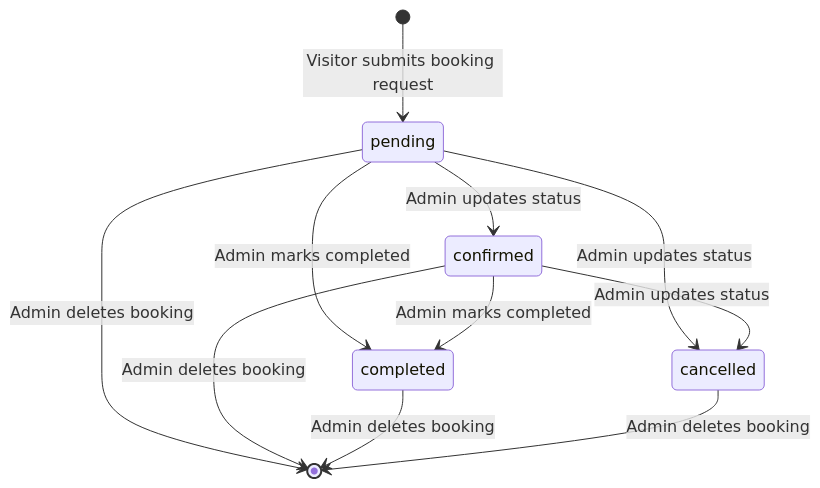
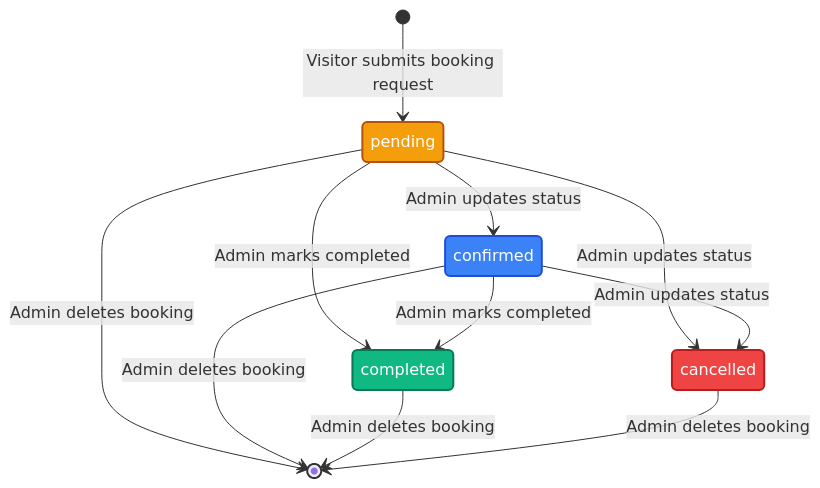
Before and after one commit to AaryaMakthala/GJR-EVENTS: the fourth of 6 diagrams in README.md, drawn with Mermaid. The commit also changed other lines of this file, not shown here.

````diff
--- a/README.md
+++ b/README.md
@@ -200,13 +223,23 @@
 ```mermaid
 stateDiagram-v2
+    classDef pendingStyle fill:#f59e0b,stroke:#b45309,stroke-width:2px,color:#fff
+    classDef confirmedStyle fill:#3b82f6,stroke:#1d4ed8,stroke-width:2px,color:#fff
+    classDef completedStyle fill:#10b981,stroke:#047857,stroke-width:2px,color:#fff
+    classDef cancelledStyle fill:#ef4444,stroke:#b91c1c,stroke-width:2px,color:#fff
+
     [*] --> pending: Visitor submits booking request
     pending --> confirmed: Admin updates status
     pending --> completed: Admin marks completed
     pending --> cancelled: Admin updates status
     confirmed --> completed: Admin marks completed
     confirmed --> cancelled: Admin updates status
     pending --> [*]: Admin deletes booking
     confirmed --> [*]: Admin deletes booking
     completed --> [*]: Admin deletes booking
     cancelled --> [*]: Admin deletes booking
+
+    class pending pendingStyle
+    class confirmed confirmedStyle
+    class completed completedStyle
+    class cancelled cancelledStyle
 ```
````
